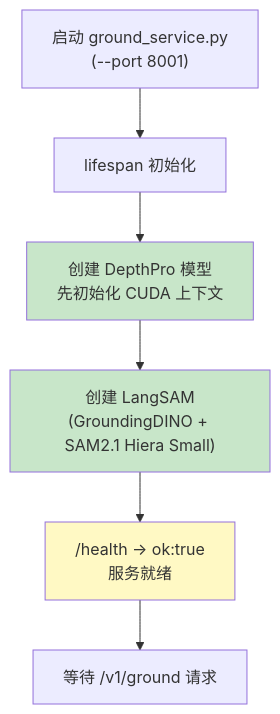
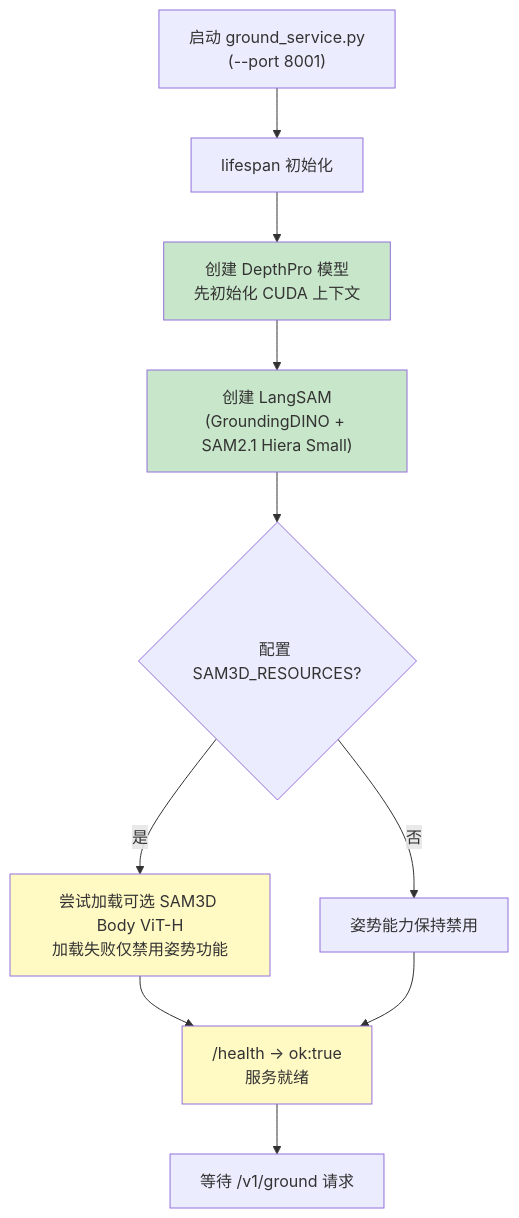
One commit to 4698to/Phy-SIC changed the first of 3 diagrams in ground_pipeline/ground_pipeline 项目介绍.md. Above: the diagram before and after it, drawn with Mermaid. The commit also changed other lines of this file and 98 other files, not shown here.

First line of the commit message:
接入 SAM3D Body 姿势推理并增强地面法向约束

````diff
--- a/ground_pipeline/ground_pipeline 项目介绍.md
+++ b/ground_pipeline/ground_pipeline 项目介绍.md
@@ -53,11 +55,15 @@
 ```mermaid
 flowchart TD
     A["启动 ground_service.py<br/>(--port 8001)"] --> B["lifespan 初始化"]
     B --> C["创建 DepthPro 模型<br/>先初始化 CUDA 上下文"]
-    C --> D["创建 LangSAM<br/>(GroundingDINO + SAM2.1 Hiera Small)"]
-    D --> E["/health → ok:true<br/>服务就绪"]
-    E --> F["等待 /v1/ground 请求"]
+    C --> D["创建 LangSAM<br/>(GroundingDINO + SAM2.1 Hiera Small)"] --> E{"配置 SAM3D_RESOURCES?"}
+    E -- 是 --> F["尝试加载可选 SAM3D Body ViT-H<br/>加载失败仅禁用姿势功能"]
+    E -- 否 --> G["姿势能力保持禁用"]
+    F --> H["/health → ok:true<br/>服务就绪"]
+    G --> H
+    H --> I["等待 /v1/ground 请求"]
     style C fill:#c8e6c9
     style D fill:#c8e6c9
-    style E fill:#fff9c4
+    style F fill:#fff9c4
+    style H fill:#fff9c4
 ```
````
